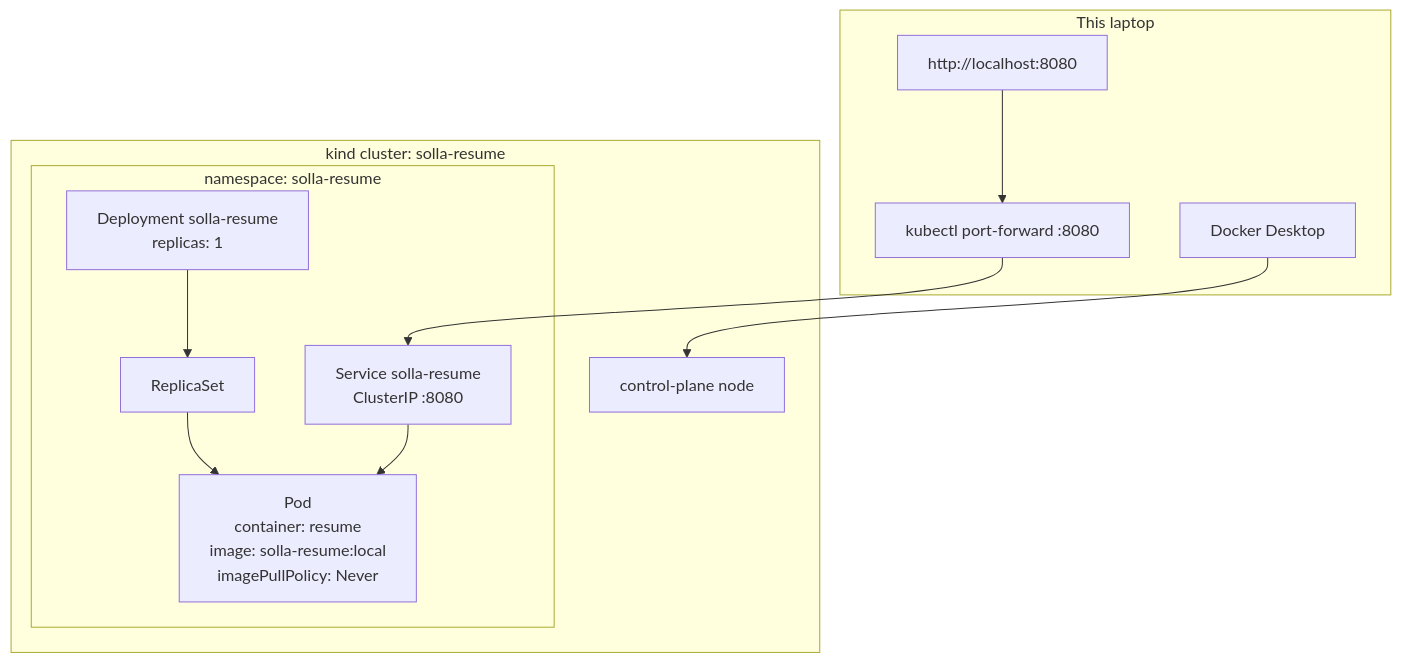
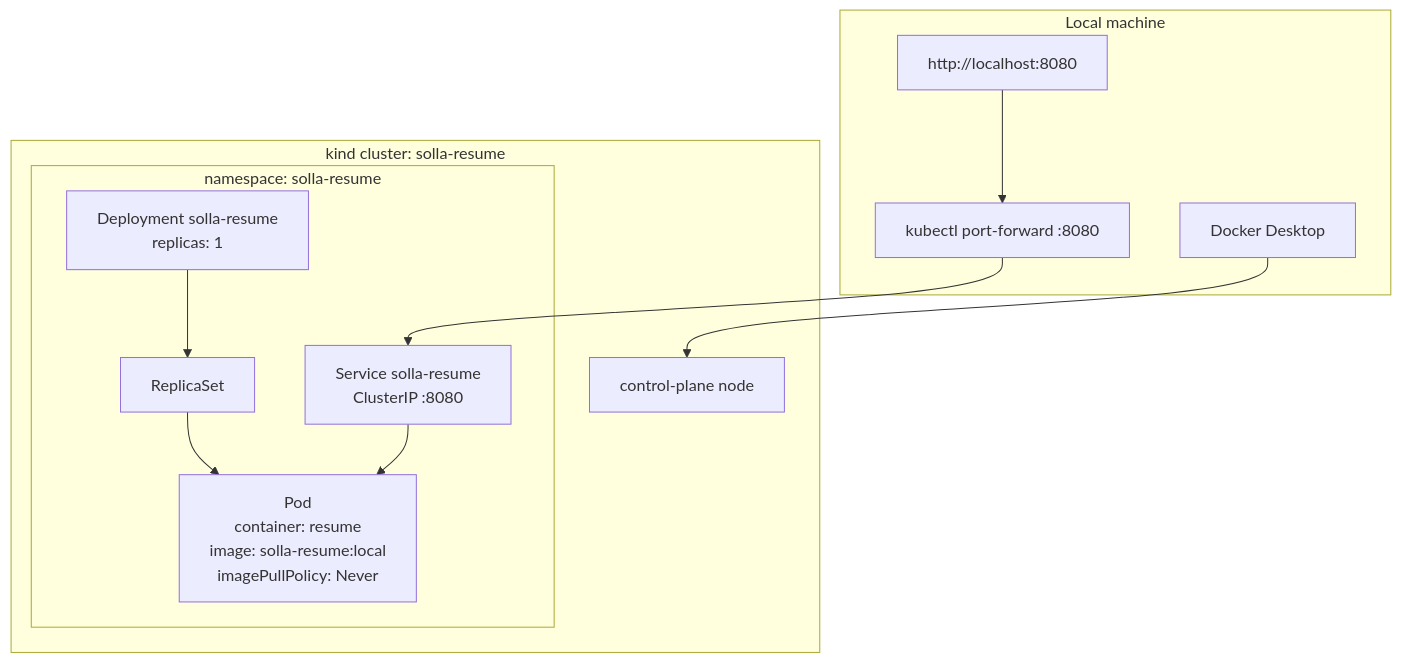
The diagram in docs/K8S-LOCAL.md (michaelsolla/pulumi-cloud-solla-resume), drawn with Mermaid before and after one commit. The commit also changed other lines of this file and 13 other files, not shown here.

````diff
--- a/docs/K8S-LOCAL.md
+++ b/docs/K8S-LOCAL.md
@@ -13,24 +13,24 @@
 ```mermaid
 flowchart TB
-  subgraph laptop [This laptop]
+  subgraph local [Local machine]
     Docker[Docker Desktop]
     PF["kubectl port-forward :8080"]
     Browser[http://localhost:8080]
   end
 
   subgraph kind [kind cluster: solla-resume]
     Node[control-plane node]
     subgraph ns [namespace: solla-resume]
       Deploy[Deployment solla-resume<br/>replicas: 1]
       RS[ReplicaSet]
       Pod[Pod<br/>container: resume<br/>image: solla-resume:local<br/>imagePullPolicy: Never]
       Svc[Service solla-resume<br/>ClusterIP :8080]
     end
   end
 
   Docker --> Node
   Deploy --> RS --> Pod
   Svc --> Pod
   PF --> Svc
   Browser --> PF
 ```
````
